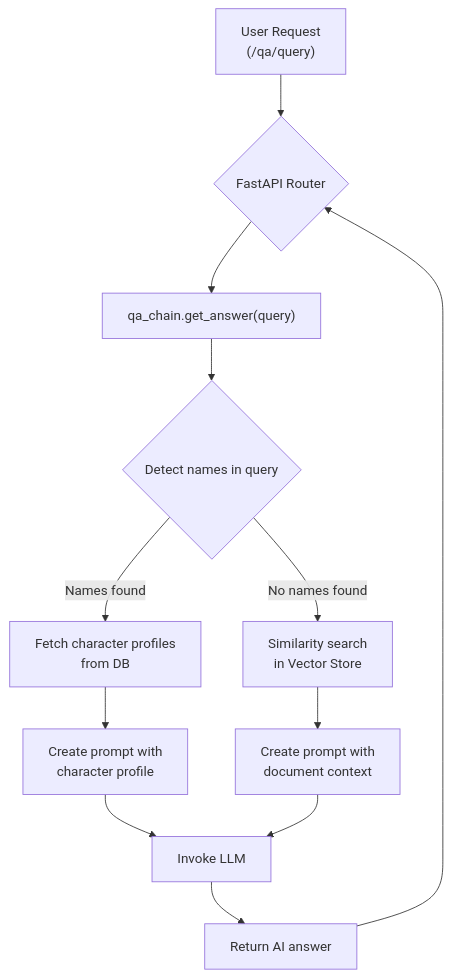
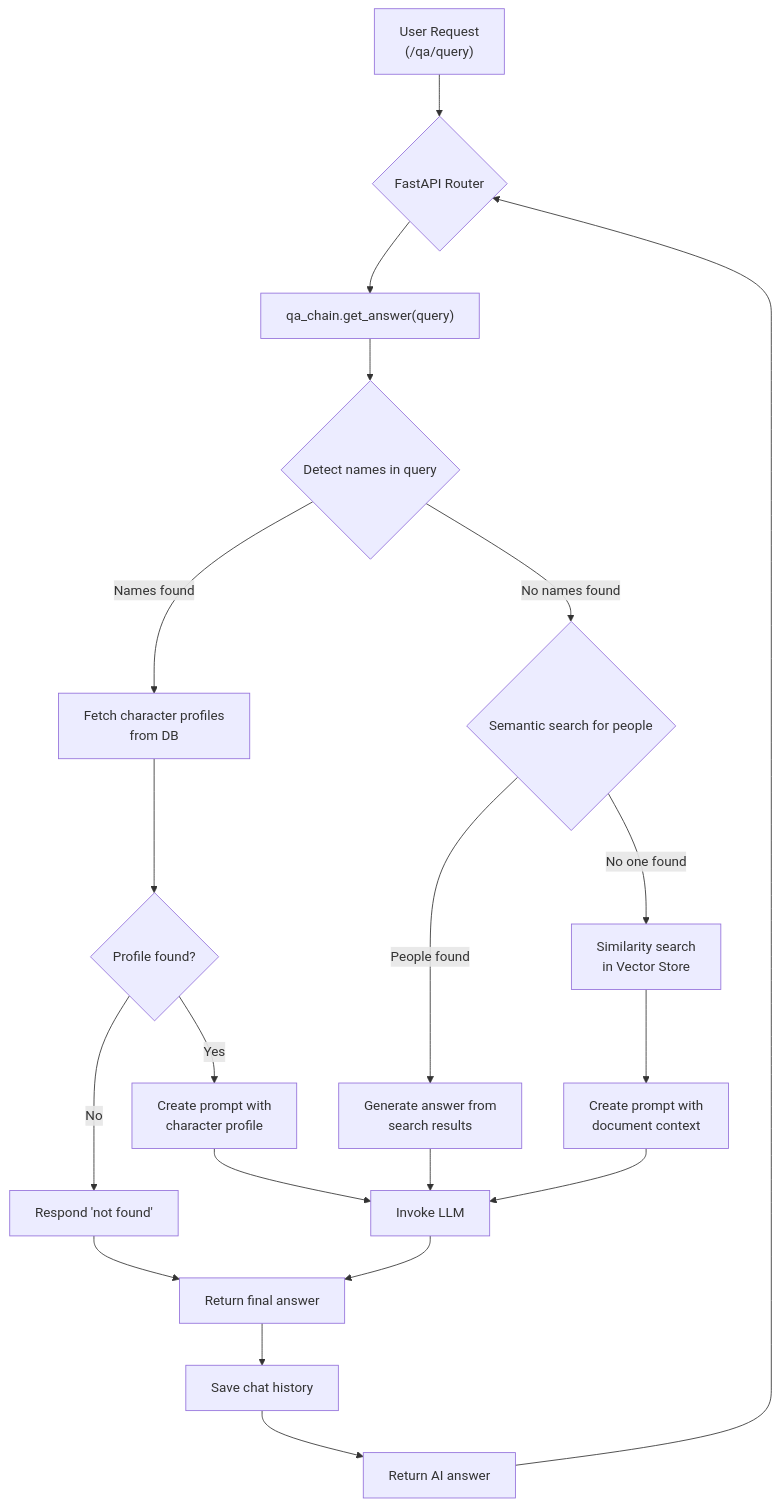
The first of 2 diagrams in README.md (Vinskao/maya-sawa), drawn with Mermaid before and after one commit. The commit also changed other lines of this file, not shown here.

Commit message:
info: 更新env example說明

````diff
--- a/README.md
+++ b/README.md
@@ -38,14 +38,28 @@
 ```mermaid
 graph TD
     A["User Request</br>(/qa/query)"] --> B{FastAPI Router};
     B --> C["qa_chain.get_answer(query)"];
     C --> D{"Detect names in query"};
+    
+    %% 名稱檢測分支
     D -- "Names found" --> E["Fetch character profiles</br>from DB"];
-    E --> F["Create prompt with</br>character profile"];
-    F --> G["Invoke LLM"];
-    D -- "No names found" --> H["Similarity search</br>in Vector Store"];
-    H --> I["Create prompt with</br>document context"];
-    I --> G;
-    G --> J["Return AI answer"];
-    J --> B;
+    E --> F{"Profile found?"};
+    F -- "Yes" --> G["Create prompt with</br>character profile"];
+    F -- "No" --> H["Respond 'not found'"];
+    
+    %% 無名稱分支
+    D -- "No names found" --> I{"Semantic search for people"};
+    I -- "People found" --> J["Generate answer from</br>search results"];
+    I -- "No one found" --> K["Similarity search</br>in Vector Store"];
+    K --> L["Create prompt with</br>document context"];
+    
+    %% 統一處理
+    G --> M["Invoke LLM"];
+    J --> M;
+    L --> M;
+    H --> N["Return final answer"];
+    M --> N;
+    N --> O["Save chat history"];
+    O --> P["Return AI answer"];
+    P --> B;
 ```
````
